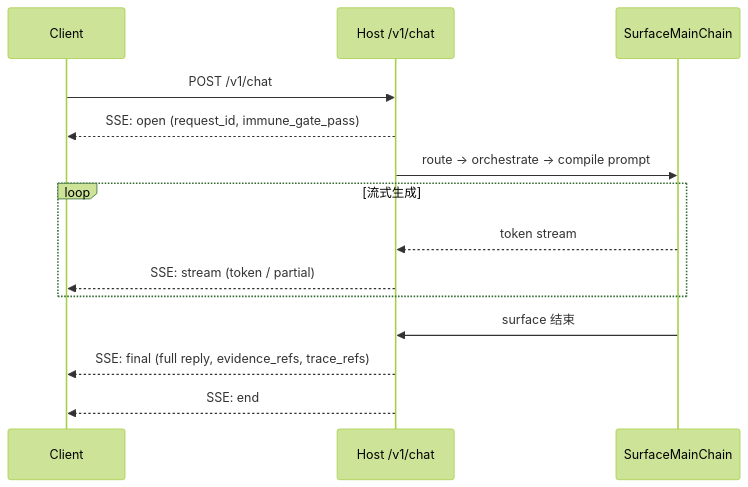
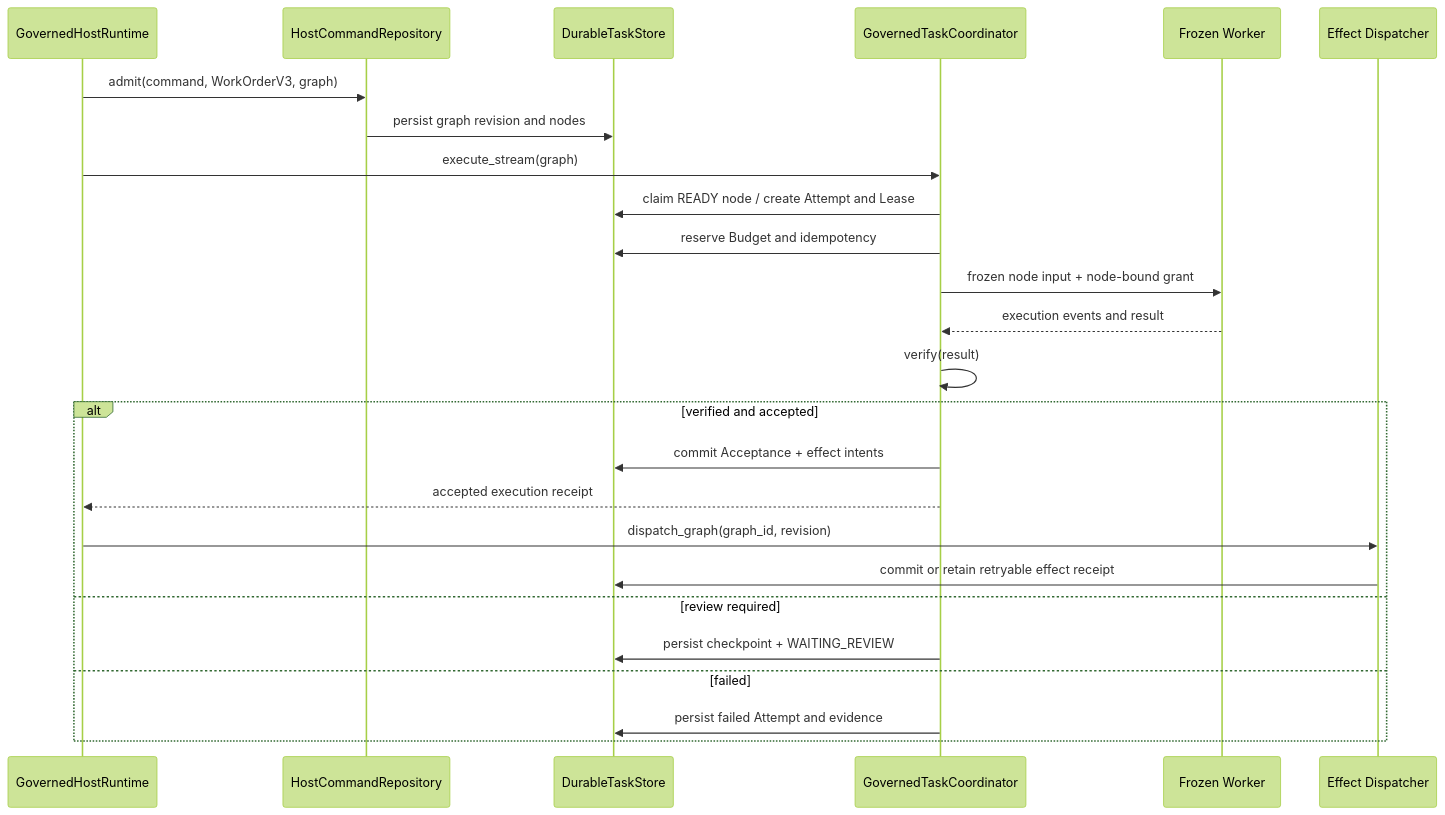
One commit to SakuraYoruno/Natsume_Ai changed the second of 3 diagrams in docs/50_project/arch/diagrams/02_main_chain_flow.md. Above: the diagram before and after it, drawn with Mermaid (forest theme). The commit also changed other lines of this file and 57 other files, not shown here.

````diff
--- a/docs/50_project/arch/diagrams/02_main_chain_flow.md
+++ b/docs/50_project/arch/diagrams/02_main_chain_flow.md
@@ -73,17 +52,28 @@
 ```mermaid
 sequenceDiagram
-    participant C as Client
-    participant H as Host /v1/chat
-    participant SC as SurfaceMainChain
+    participant H as GovernedHostRuntime
+    participant R as HostCommandRepository
+    participant T as DurableTaskStore
+    participant C as GovernedTaskCoordinator
+    participant W as Frozen Worker
+    participant E as Effect Dispatcher
 
-    C->>H: POST /v1/chat
-    H-->>C: SSE: open (request_id, immune_gate_pass)
-    H->>SC: route -> orchestrate -> compile prompt
-    loop 流式生成
-        SC-->>H: token stream
-        H-->>C: SSE: stream (token / partial)
+    H->>R: admit(command, WorkOrderV3, graph)
+    R->>T: persist graph revision and nodes
+    H->>C: execute_stream(graph)
+    C->>T: claim READY node / create Attempt and Lease
+    C->>T: reserve Budget and idempotency
+    C->>W: frozen node input + node-bound grant
+    W-->>C: execution events and result
+    C->>C: verify(result)
+    alt verified and accepted
+        C->>T: commit Acceptance + effect intents
+        C-->>H: accepted execution receipt
+        H->>E: dispatch_graph(graph_id, revision)
+        E->>T: commit or retain retryable effect receipt
+    else review required
+        C->>T: persist checkpoint + WAITING_REVIEW
+    else failed
+        C->>T: persist failed Attempt and evidence
     end
-    SC->>H: surface 结束
-    H-->>C: SSE: final (full reply, evidence_refs, trace_refs)
-    H-->>C: SSE: end
 ```
````
